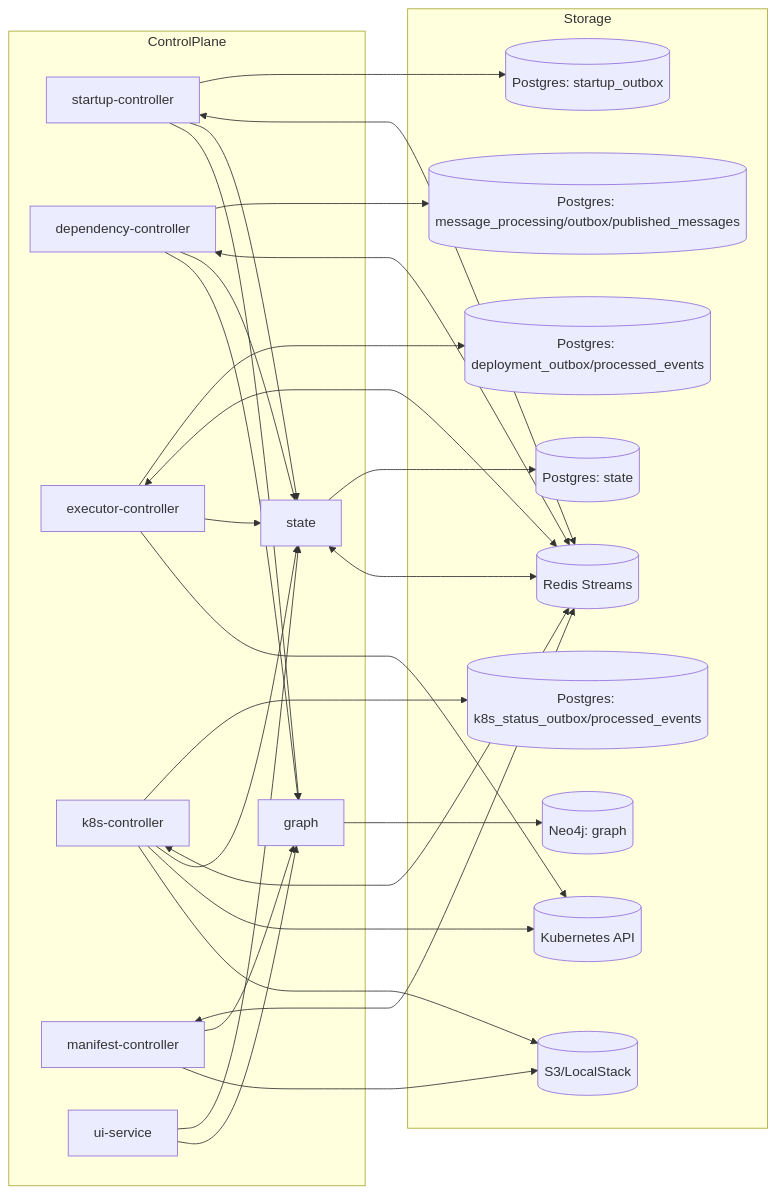
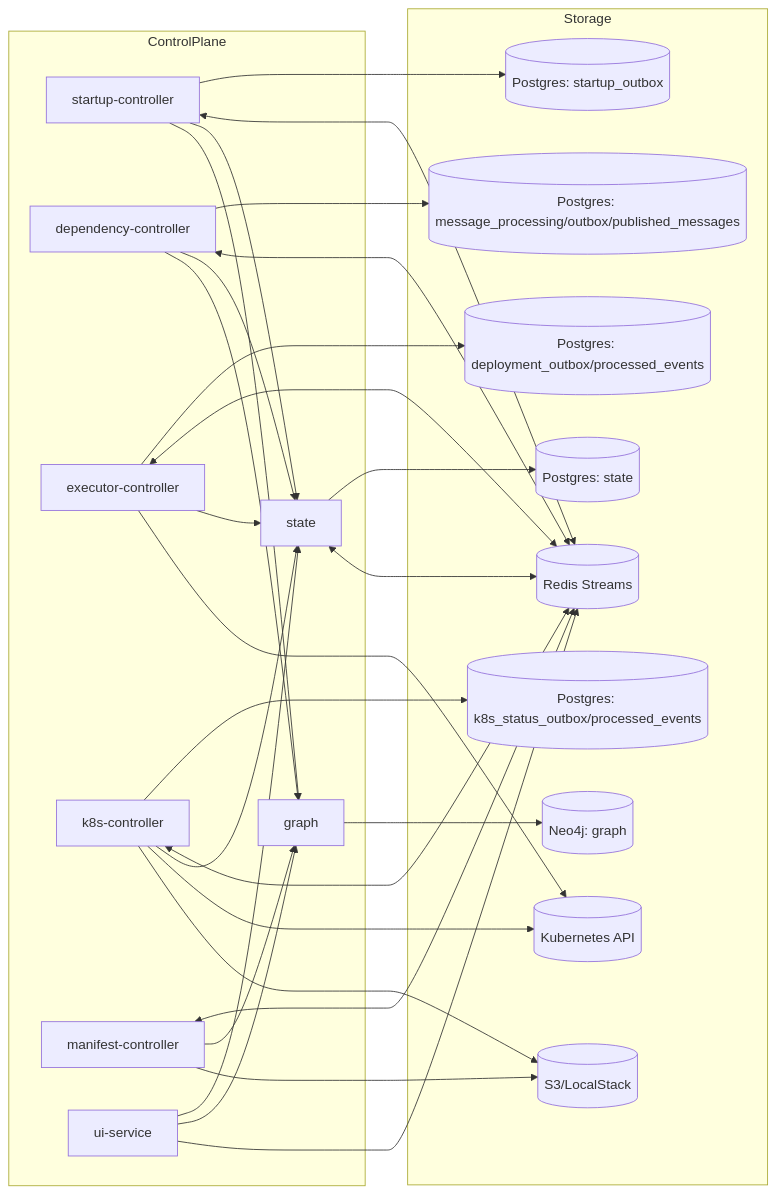
Before and after one commit to carolsimone/continuo: the first of 2 diagrams in docs/arch/01-topology.md, drawn with Mermaid. The commit also changed other lines of this file and 2 other files, not shown here.

Commit message:
docs(arch): update ui-service docs for Redis dependency and graph update endpoint

````diff
--- a/docs/arch/01-topology.md
+++ b/docs/arch/01-topology.md
@@ -5,54 +5,55 @@
 ```mermaid
 flowchart LR
   subgraph ControlPlane
     ST[state]
     GR[graph]
     SC[startup-controller]
     DC[dependency-controller]
     EC[executor-controller]
     KC[k8s-controller]
     MC[manifest-controller]
     UI[ui-service]
   end
 
   subgraph Storage
     STDB[(Postgres: state)]
     GRDB[(Neo4j: graph)]
     SCPG[(Postgres: startup_outbox)]
     DCPG[(Postgres: message_processing/outbox/published_messages)]
     ECPG[(Postgres: deployment_outbox/processed_events)]
     KCPG[(Postgres: k8s_status_outbox/processed_events)]
     S3[(S3/LocalStack)]
     K8S[(Kubernetes API)]
     R[(Redis Streams)]
   end
 
   ST --> STDB
   GR --> GRDB
   SC --> SCPG
   DC --> DCPG
   EC --> ECPG
   KC --> KCPG
 
   ST <--> R
   SC <--> R
   DC <--> R
   EC <--> R
   KC <--> R
   MC <--> R
 
   SC --> ST
   SC --> GR
   DC --> ST
   DC --> GR
   EC --> ST
   KC --> ST
   MC --> GR
   UI --> ST
   UI --> GR
+  UI --> R
 
   EC --> K8S
   KC --> K8S
   KC --> S3
   MC --> S3
 ```
````
